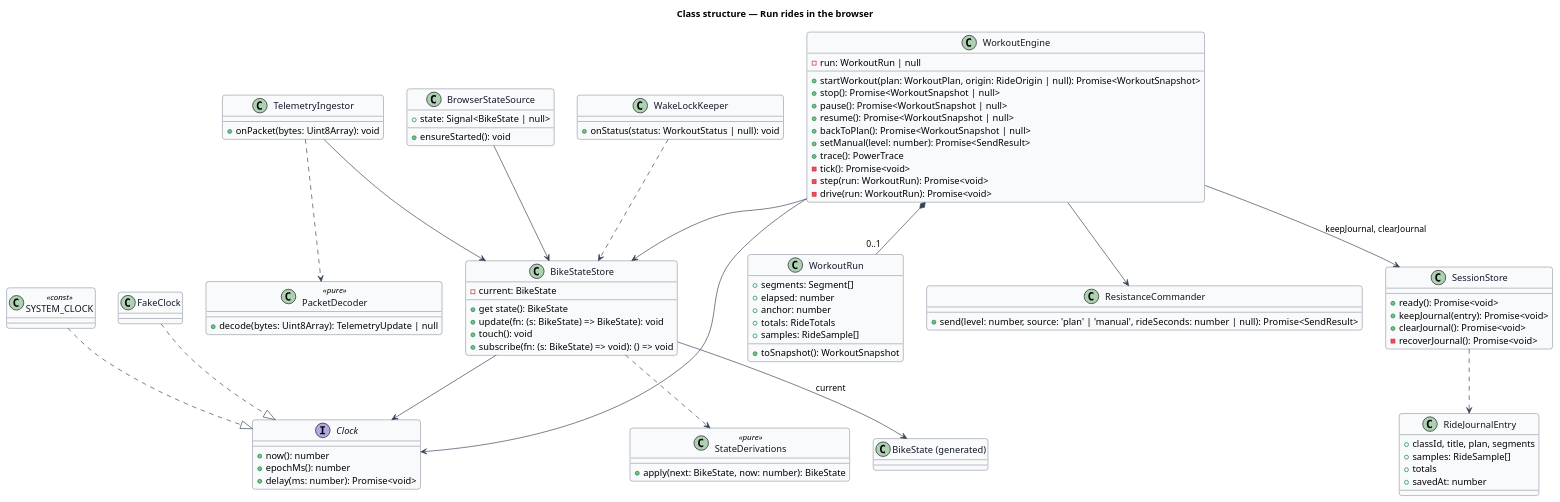
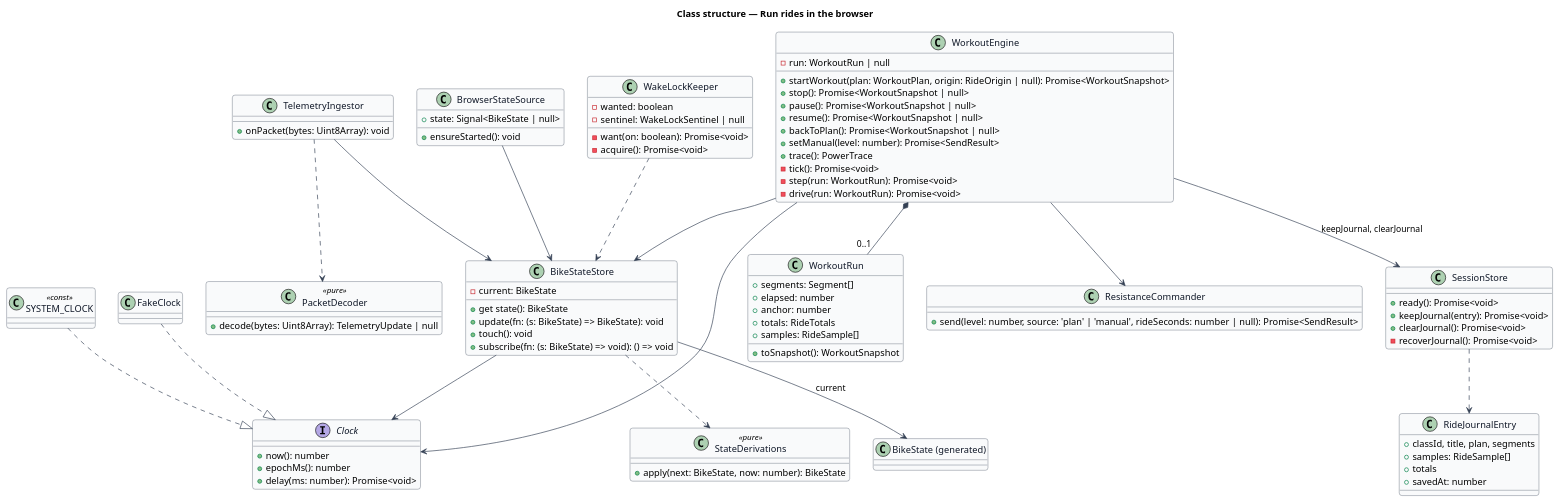
The diagram in docs/detailed-designs/browser-edition/run-rides-in-browser/diagrams/class-structure.puml (QuinntyneBrown/ride-one), drawn with PlantUML before and after one commit. The commit also changed 7 other files, not shown here.

```diff
--- a/docs/detailed-designs/browser-edition/run-rides-in-browser/diagrams/class-structure.puml
+++ b/docs/detailed-designs/browser-edition/run-rides-in-browser/diagrams/class-structure.puml
@@ -1,97 +1,100 @@
 @startuml
 skinparam backgroundColor #FFFFFF
 skinparam shadowing false
 skinparam roundcorner 8
 skinparam defaultFontName Arial
 skinparam ArrowColor #344054
 skinparam class {
   BorderColor #344054
   FontColor #101828
   BackgroundColor #F9FAFB
 }
 title Class structure — Run rides in the browser
 
 interface Clock {
   +now(): number
   +epochMs(): number
   +delay(ms: number): Promise<void>
 }
 class SYSTEM_CLOCK <<const>>
 class FakeClock
 class BikeStateStore {
   -current: BikeState
   +get state(): BikeState
   +update(fn: (s: BikeState) => BikeState): void
   +touch(): void
   +subscribe(fn: (s: BikeState) => void): () => void
 }
 class StateDerivations <<pure>> {
   +apply(next: BikeState, now: number): BikeState
 }
 class PacketDecoder <<pure>> {
   +decode(bytes: Uint8Array): TelemetryUpdate | null
 }
 class TelemetryIngestor {
   +onPacket(bytes: Uint8Array): void
 }
 class WorkoutEngine {
   -run: WorkoutRun | null
   +startWorkout(plan: WorkoutPlan, origin: RideOrigin | null): Promise<WorkoutSnapshot>
   +stop(): Promise<WorkoutSnapshot | null>
   +pause(): Promise<WorkoutSnapshot | null>
   +resume(): Promise<WorkoutSnapshot | null>
   +backToPlan(): Promise<WorkoutSnapshot | null>
   +setManual(level: number): Promise<SendResult>
   +trace(): PowerTrace
   -tick(): Promise<void>
   -step(run: WorkoutRun): Promise<void>
   -drive(run: WorkoutRun): Promise<void>
 }
 class WorkoutRun {
   +segments: Segment[]
   +elapsed: number
   +anchor: number
   +totals: RideTotals
   +samples: RideSample[]
   +toSnapshot(): WorkoutSnapshot
 }
 class ResistanceCommander {
   +send(level: number, source: 'plan' | 'manual', rideSeconds: number | null): Promise<SendResult>
 }
 class BrowserStateSource {
   +state: Signal<BikeState | null>
   +ensureStarted(): void
 }
 class RideJournalEntry {
   +classId, title, plan, segments
   +samples: RideSample[]
   +totals
   +savedAt: number
 }
 class SessionStore {
   +ready(): Promise<void>
   +keepJournal(entry): Promise<void>
   +clearJournal(): Promise<void>
   -recoverJournal(): Promise<void>
 }
 class WakeLockKeeper {
-  +onStatus(status: WorkoutStatus | null): void
+  -wanted: boolean
+  -sentinel: WakeLockSentinel | null
+  -want(on: boolean): Promise<void>
+  -acquire(): Promise<void>
 }
 class "BikeState (generated)" as BikeState
 
 SYSTEM_CLOCK ..|> Clock
 FakeClock ..|> Clock
 BikeStateStore ..> StateDerivations
 BikeStateStore --> Clock
 BikeStateStore --> BikeState : current
 TelemetryIngestor ..> PacketDecoder
 TelemetryIngestor --> BikeStateStore
 WorkoutEngine --> Clock
 WorkoutEngine *-- "0..1" WorkoutRun
 WorkoutEngine --> ResistanceCommander
 WorkoutEngine --> BikeStateStore
 WorkoutEngine --> SessionStore : keepJournal, clearJournal
 SessionStore ..> RideJournalEntry
 BrowserStateSource --> BikeStateStore
 WakeLockKeeper ..> BikeStateStore
 @enduml
```
